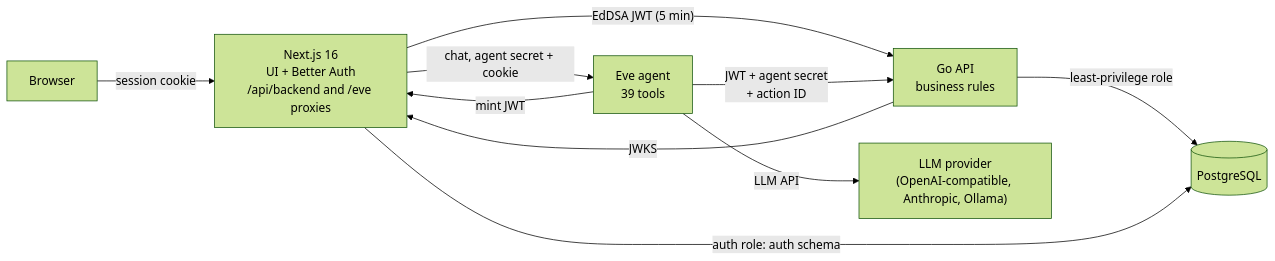
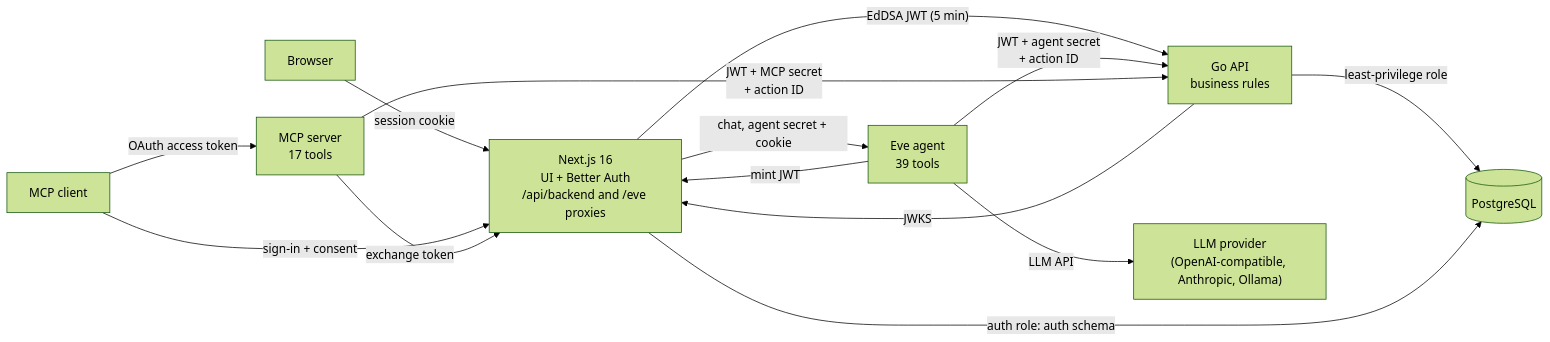
The diagram in README.md (DravenDou/openstockai), drawn with Mermaid (forest theme) before and after one commit. The commit also changed other lines of this file and 22 other files, not shown here.

````diff
--- a/README.md
+++ b/README.md
@@ -21,12 +22,16 @@
 ```mermaid
 flowchart LR
   Browser["Browser"] -->|"session cookie"| Next["Next.js 16<br/>UI + Better Auth<br/>/api/backend and /eve proxies"]
   Next -->|"EdDSA JWT (5 min)"| Go["Go API<br/>business rules"]
   Next -->|"chat, agent secret + cookie"| Agent["Eve agent<br/>39 tools"]
   Agent -->|"JWT + agent secret<br/>+ action ID"| Go
   Agent -->|"mint JWT"| Next
   Go -->|"JWKS"| Next
   Go -->|"least-privilege role"| PG[("PostgreSQL")]
   Next -->|"auth role: auth schema"| PG
   Agent -->|"LLM API"| LLM["LLM provider<br/>(OpenAI-compatible, Anthropic, Ollama)"]
+  Client["MCP client"] -->|"OAuth access token"| MCP["MCP server<br/>17 tools"]
+  Client -->|"sign-in + consent"| Next
+  MCP -->|"exchange token"| Next
+  MCP -->|"JWT + MCP secret<br/>+ action ID"| Go
 ```
````
